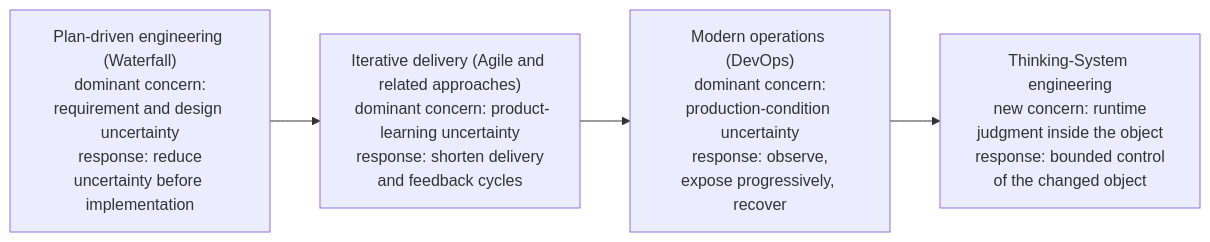
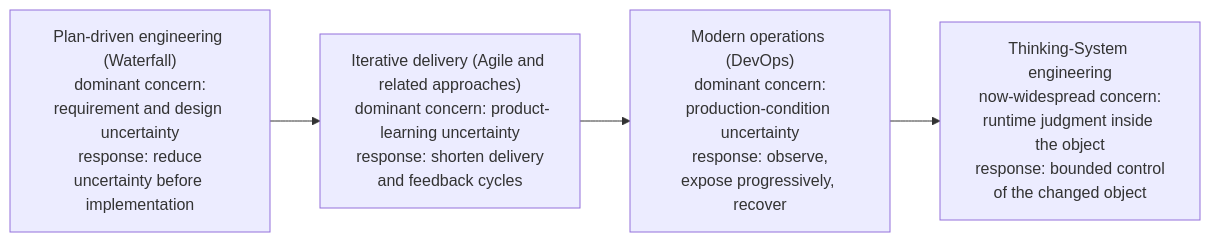
Before and after one commit to UncertaintyArchitectureGroup/uncertainty-architecture: the first of 15 diagrams in content/research/notes/open-engineering-specification-article-draft.md, drawn with Mermaid. The commit also changed other lines of this file and 10 other files, not shown here.

````diff
--- a/content/research/notes/open-engineering-specification-article-draft.md
+++ b/content/research/notes/open-engineering-specification-article-draft.md
@@ -67,9 +68,9 @@
 ```mermaid
 flowchart LR
     W["Plan-driven engineering (Waterfall)<br/> dominant concern: requirement and design uncertainty<br/> response: reduce uncertainty before implementation"]
     A["Iterative delivery (Agile and related approaches)<br/> dominant concern: product-learning uncertainty<br/> response: shorten delivery and feedback cycles"]
     D["Modern operations (DevOps)<br/> dominant concern: production-condition uncertainty<br/> response: observe, expose progressively, recover"]
-    T["Thinking-System engineering<br/> new concern: runtime judgment inside the object<br/> response: bounded control of the changed object"]
+    T["Thinking-System engineering<br/> now-widespread concern: runtime judgment inside the object<br/> response: bounded control of the changed object"]
 
     W --> A --> D --> T
 ```
````
